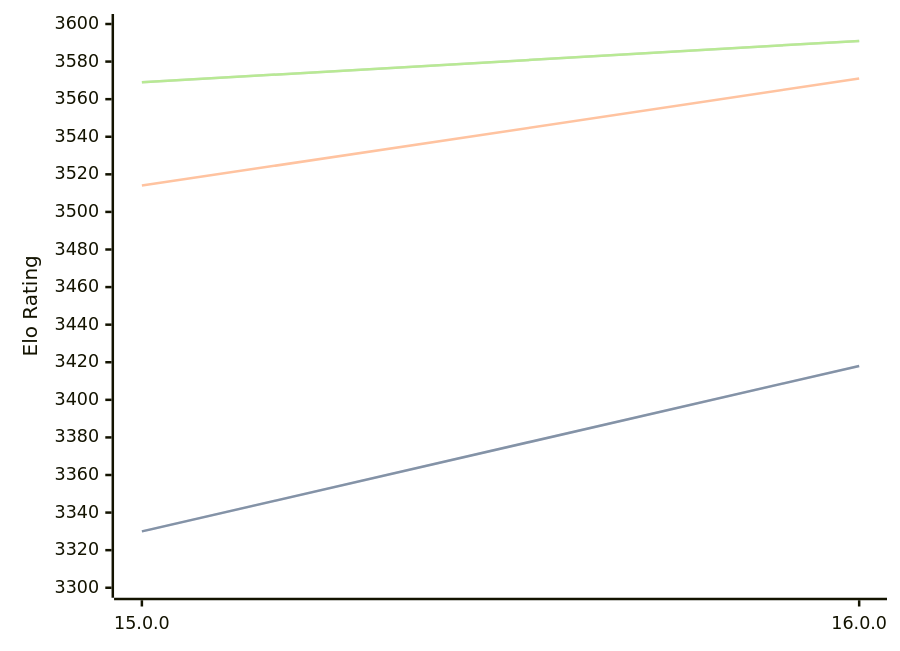
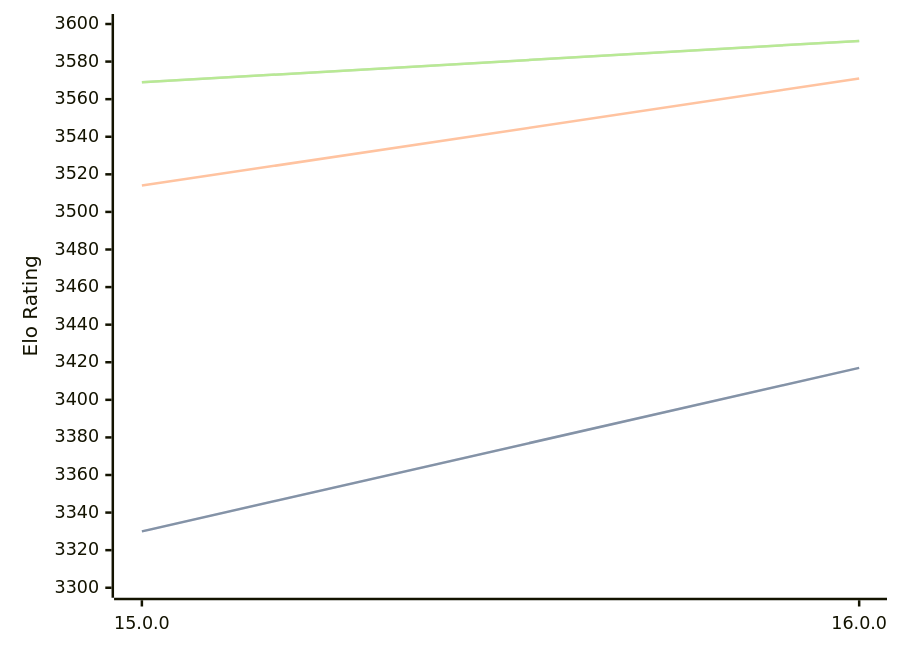
One commit to computer-chess-index/cci changed the diagram in engines/Halogen.md. Above: the diagram before and after it, drawn with Mermaid. The commit also changed other lines of this file, not shown here.

Commit message:
Update CCI Ratings (ELO VLTC) - 2026-02-25

````diff
--- a/engines/Halogen.md
+++ b/engines/Halogen.md
@@ -48,11 +48,11 @@
 ```mermaid
 %%{init: {"theme":"base","themeVariables":{"seriesColors:['#a3a3a3','#222221','#faa371']}}}%%
 xychart-beta
   x-axis ["15.0.0", "16.0.0"]
   y-axis "Elo Rating" 3300 --> 3600
-  line "STC (8.0+0.08s)" [3330, 3418]
-  line "STC (8.0+0.08s)" [3330, 3418]
+  line "STC (8.0+0.08s)" [3330, 3417]
+  line "STC (8.0+0.08s)" [3330, 3417]
   line "LTC (60.0+0.60s)" [3514, 3571]
   line "VLTC (2m24s+1.12s)" [3569, 3591]
   line "VLTC (2m24s+1.12s)" [3569, 3591]
 ```
````
